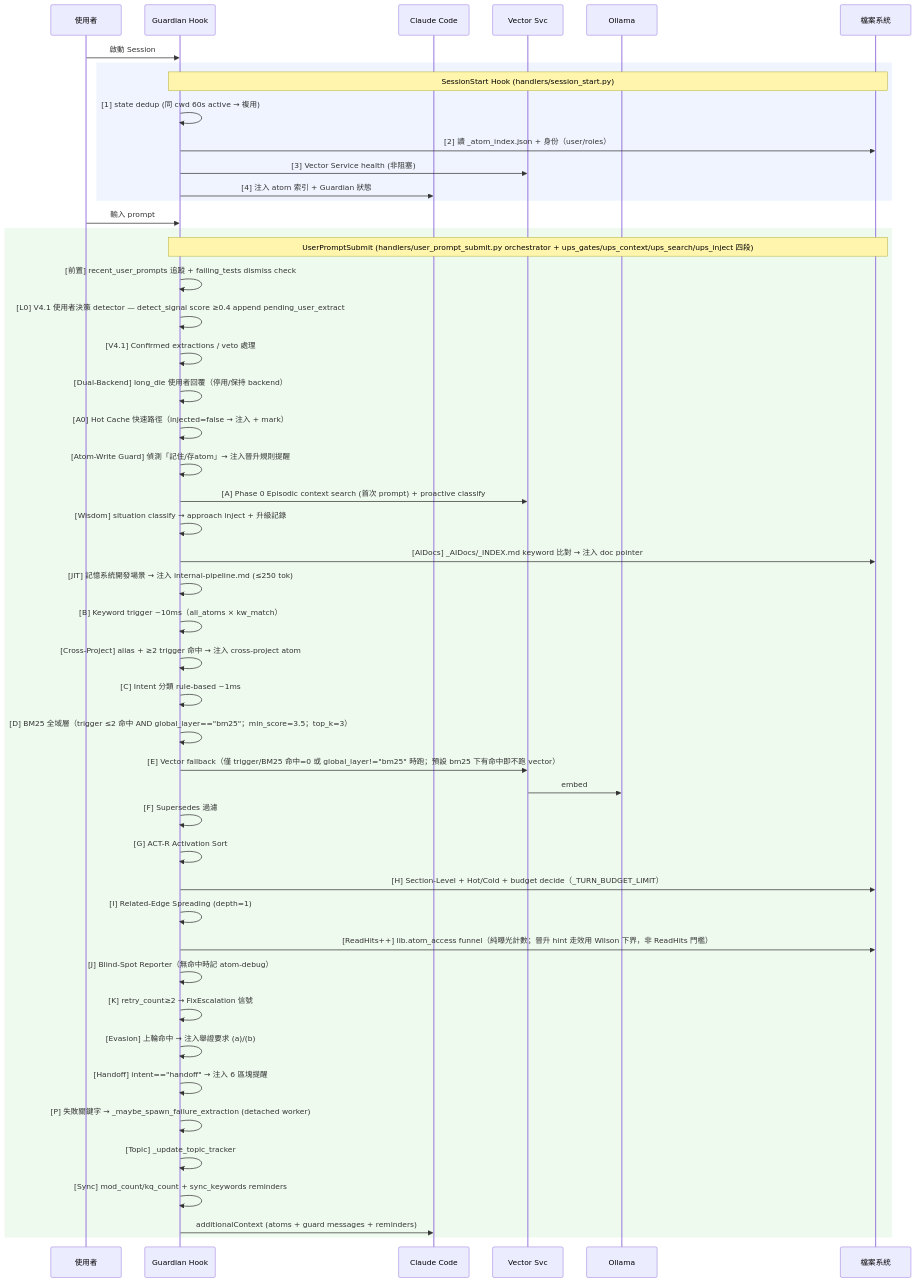
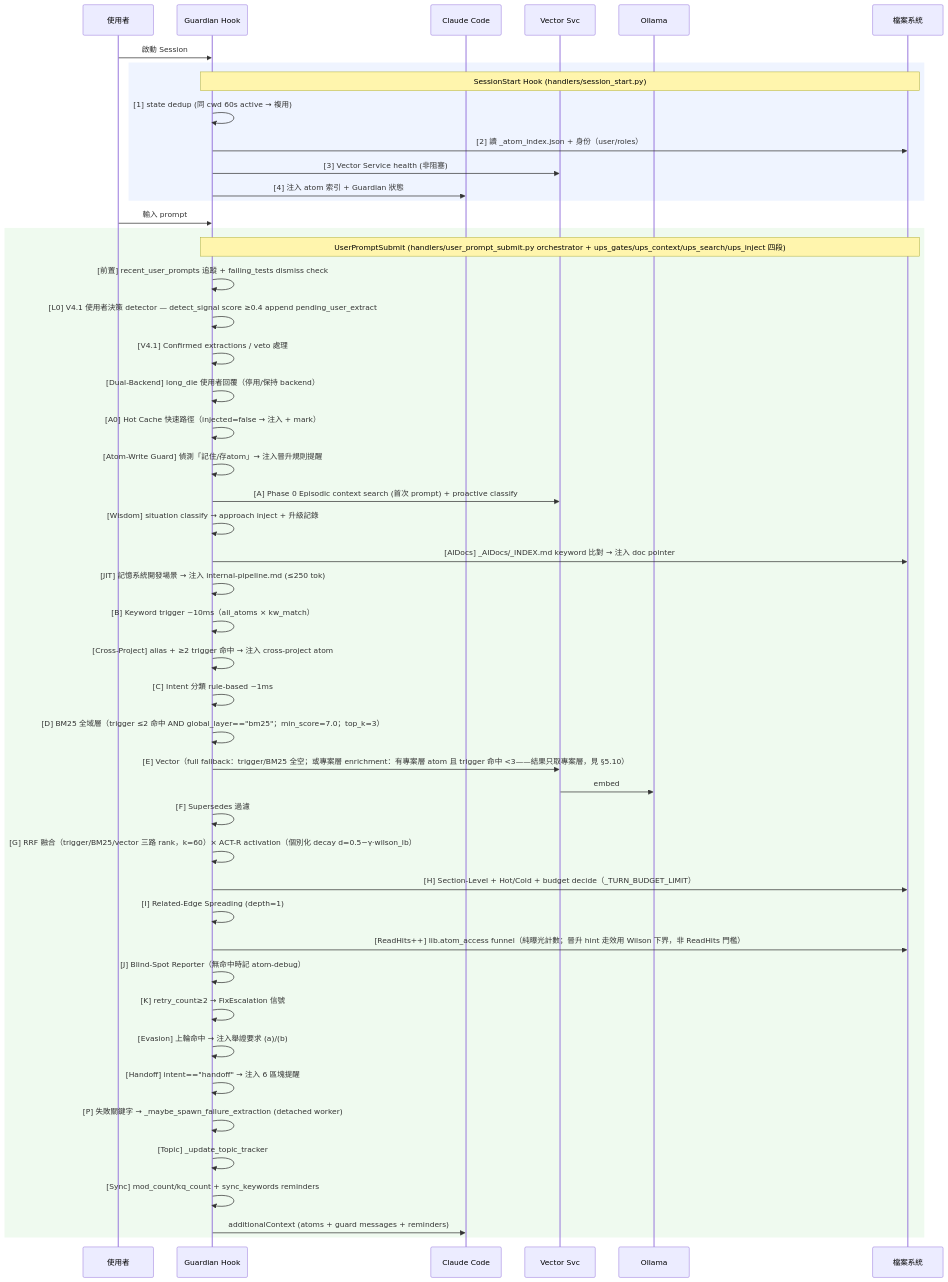
The first of 4 diagrams in TECH.md (holylight1979/AtomicMemory-ClaudeCode), drawn with Mermaid before and after one commit. The commit also changed other lines of this file and 88 other files, not shown here.

````diff
--- a/TECH.md
+++ b/TECH.md
@@ -396,52 +419,52 @@
 ```mermaid
 sequenceDiagram
     participant U as 使用者
     participant G as Guardian Hook
     participant C as Claude Code
     participant V as Vector Svc
     participant O as Ollama
     participant F as 檔案系統
 
     U->>G: 啟動 Session
     rect rgba(100,150,255,0.1)
         note over G,F: SessionStart Hook (handlers/session_start.py)
         G->>G: [1] state dedup (同 cwd 60s active → 複用)
         G->>F: [2] 讀 _atom_index.json + 身份（user/roles）
         G->>V: [3] Vector Service health (非阻塞)
         G->>C: [4] 注入 atom 索引 + Guardian 狀態
     end
 
     U->>G: 輸入 prompt
     rect rgba(100,200,100,0.1)
         note over G,F: UserPromptSubmit (handlers/user_prompt_submit.py orchestrator + ups_gates/ups_context/ups_search/ups_inject 四段)
         G->>G: [前置] recent_user_prompts 追蹤 + failing_tests dismiss check
         G->>G: [L0] V4.1 使用者決策 detector — detect_signal score ≥0.4 append pending_user_extract
         G->>G: [V4.1] Confirmed extractions / veto 處理
         G->>G: [Dual-Backend] long_die 使用者回覆（停用/保持 backend）
         G->>G: [A0] Hot Cache 快速路徑（injected=false → 注入 + mark）
         G->>G: [Atom-Write Guard] 偵測「記住/存atom」→ 注入晉升規則提醒
         G->>V: [A] Phase 0 Episodic context search (首次 prompt) + proactive classify
         G->>G: [Wisdom] situation classify → approach inject + 升級記錄
         G->>F: [AIDocs] _AIDocs/_INDEX.md keyword 比對 → 注入 doc pointer
         G->>G: [JIT] 記憶系統開發場景 → 注入 internal-pipeline.md (≤250 tok)
         G->>G: [B] Keyword trigger ~10ms（all_atoms × kw_match）
         G->>G: [Cross-Project] alias + ≥2 trigger 命中 → 注入 cross-project atom
         G->>G: [C] Intent 分類 rule-based ~1ms
-        G->>G: [D] BM25 全域層（trigger ≤2 命中 AND global_layer=="bm25"；min_score=3.5；top_k=3）
-        G->>V: [E] Vector fallback（僅 trigger/BM25 命中=0 或 global_layer!="bm25" 時跑；預設 bm25 下有命中即不跑 vector）
+        G->>G: [D] BM25 全域層（trigger ≤2 命中 AND global_layer=="bm25"；min_score=7.0；top_k=3）
+        G->>V: [E] Vector（full fallback：trigger/BM25 全空；或專案層 enrichment：有專案層 atom 且 trigger 命中 <3——結果只取專案層，見 §5.10）
         V->>O: embed
         G->>G: [F] Supersedes 過濾
-        G->>G: [G] ACT-R Activation Sort
+        G->>G: [G] RRF 融合（trigger/BM25/vector 三路 rank，k=60）× ACT-R activation（個別化 decay d=0.5−γ·wilson_lb）
         G->>F: [H] Section-Level + Hot/Cold + budget decide（_TURN_BUDGET_LIMIT）
         G->>G: [I] Related-Edge Spreading (depth=1)
         G->>F: [ReadHits++] lib.atom_access funnel（純曝光計數；晉升 hint 走效用 Wilson 下界，非 ReadHits 門檻）
         G->>G: [J] Blind-Spot Reporter（無命中時記 atom-debug）
         G->>G: [K] retry_count≥2 → FixEscalation 信號
         G->>G: [Evasion] 上輪命中 → 注入舉證要求 (a)/(b)
         G->>G: [Handoff] intent=="handoff" → 注入 6 區塊提醒
         G->>G: [P] 失敗關鍵字 → _maybe_spawn_failure_extraction (detached worker)
         G->>G: [Topic] _update_topic_tracker
         G->>G: [Sync] mod_count/kq_count + sync_keywords reminders
         G->>C: additionalContext (atoms + guard messages + reminders)
     end
 ```
````
